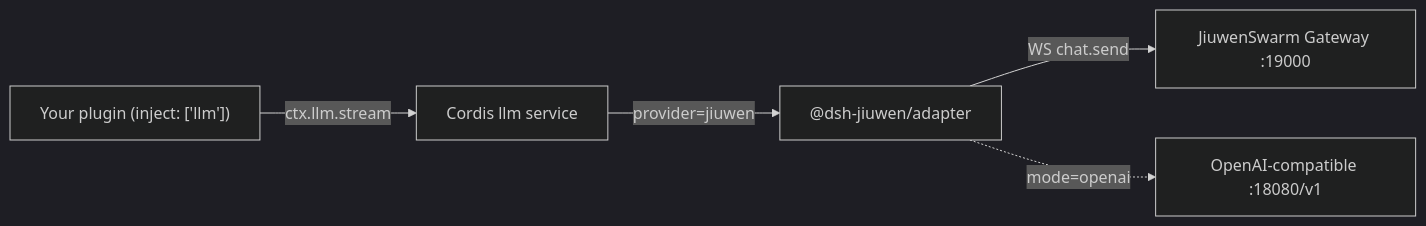
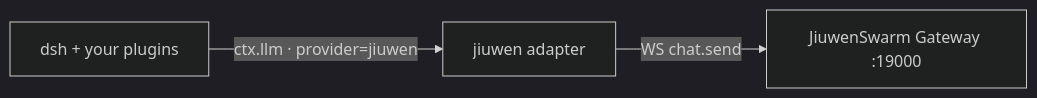
One commit to Birfy/dsh-jiuwen-adapter changed the diagram in README.md. Above: the diagram before and after it, drawn with Mermaid (dark theme). The commit also changed other lines of this file and 12 other files, not shown here.

````diff
--- a/README.md
+++ b/README.md
@@ -37,7 +20,4 @@
 ```mermaid
 flowchart LR
-  P["Your plugin (inject: ['llm'])"] -->|ctx.llm.stream| L["Cordis llm service"]
-  L -->|provider=jiuwen| A["@dsh-jiuwen/adapter"]
-  A -->|"WS chat.send"| G["JiuwenSwarm Gateway :19000"]
-  A -.->|"mode=openai"| O["OpenAI-compatible :18080/v1"]
+  D["dsh + your plugins"] -->|ctx.llm · provider=jiuwen| A["jiuwen adapter"] -->|"WS chat.send"| G["JiuwenSwarm Gateway :19000"]
 ```
````
